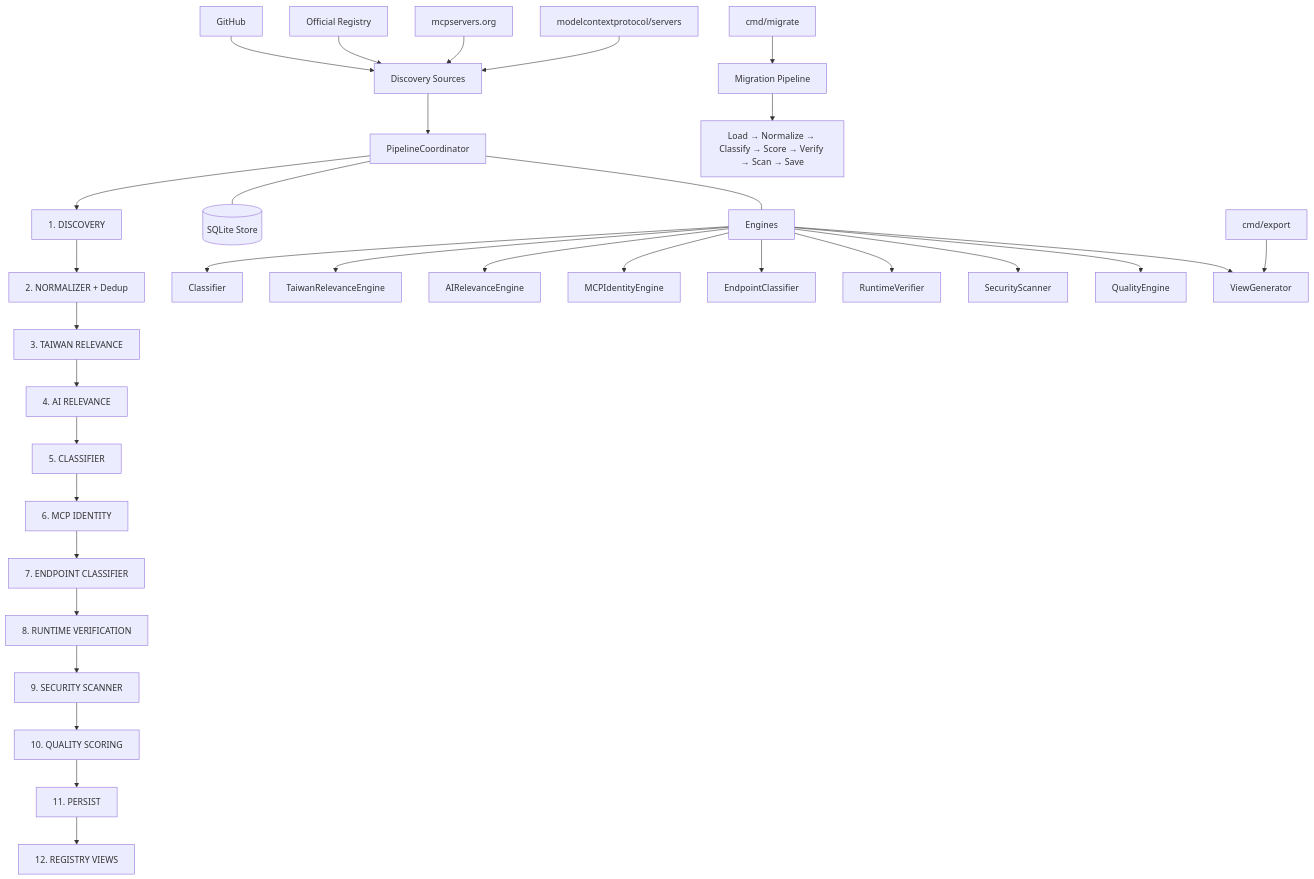
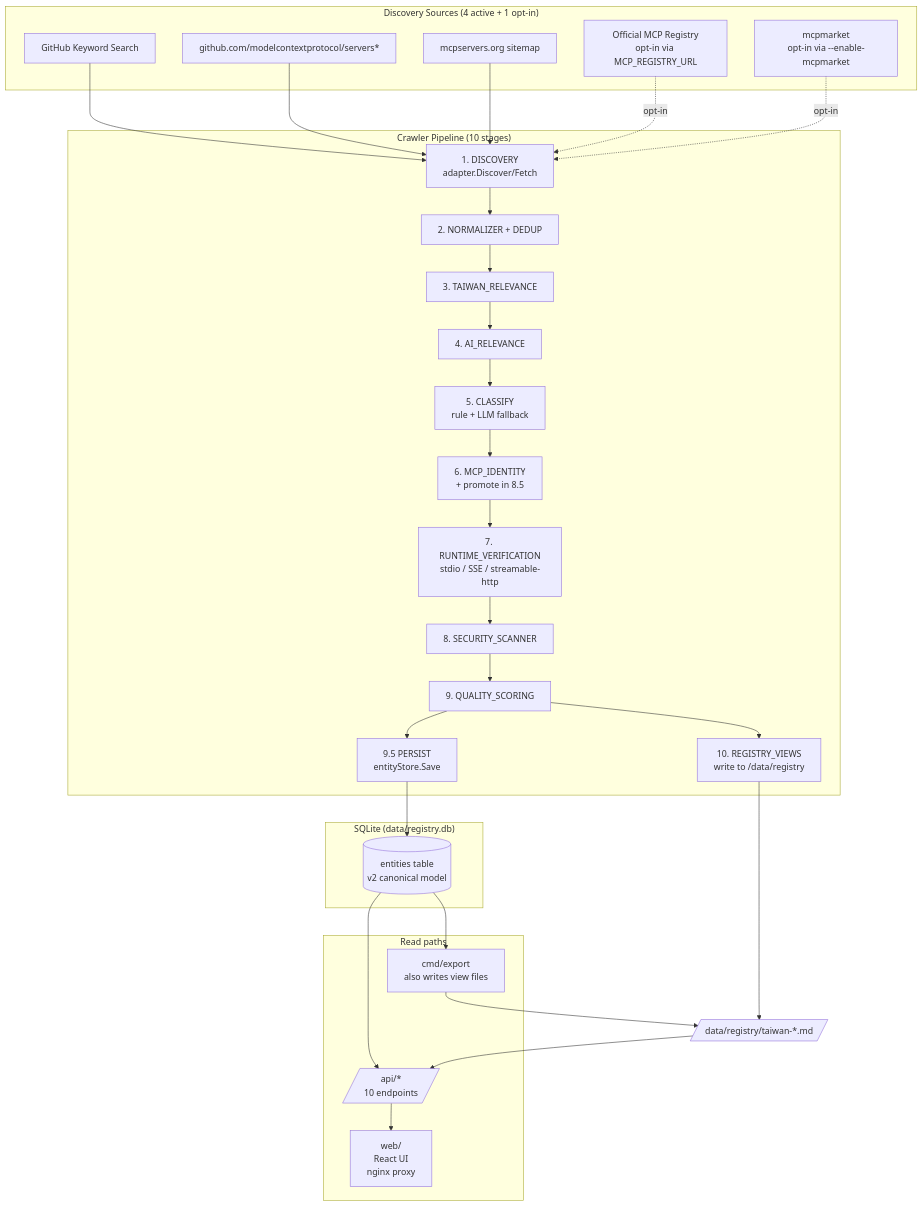
Before and after one commit to gentoobreaking/awesome-taiwan-ai-ecosystem: the diagram in README.md, drawn with Mermaid. The commit also changed other lines of this file and 13 other files, not shown here.

````diff
--- a/README.md
+++ b/README.md
@@ -70,38 +40,51 @@
 ```mermaid
-graph TD
-    A[Discovery Sources] --> B[PipelineCoordinator]
-    B --> C["1. DISCOVERY"]
-    C --> D["2. NORMALIZER + Dedup"]
-    D --> E["3. TAIWAN RELEVANCE"]
-    E --> F["4. AI RELEVANCE"]
-    F --> G["5. CLASSIFIER"]
-    G --> H["6. MCP IDENTITY"]
-    H --> I["7. ENDPOINT CLASSIFIER"]
-    I --> J["8. RUNTIME VERIFICATION"]
-    J --> K["9. SECURITY SCANNER"]
-    K --> L["10. QUALITY SCORING"]
-    L --> M["11. PERSIST"]
-    M --> N["12. REGISTRY VIEWS"]
+flowchart TB
+  subgraph Source["Discovery Sources (4 active + 1 opt-in)"]
+    GH[GitHub Keyword Search]
+    GHR[github.com/modelcontextprotocol/servers*]
+    MCP[mcpservers.org sitemap]
+    REG[Official MCP Registry<br/>opt-in via MCP_REGISTRY_URL]
+    MKT[mcpmarket<br/>opt-in via --enable-mcpmarket]
+  end
 
-    A1[GitHub] --> A
-    A2[Official Registry] --> A
-    A3[mcpservers.org] --> A
-    A4[modelcontextprotocol/servers] --> A
+  subgraph Pipeline["Crawler Pipeline (10 stages)"]
+    P1[1. DISCOVERY<br/>adapter.Discover/Fetch]
+    P2[2. NORMALIZER + DEDUP]
+    P3[3. TAIWAN_RELEVANCE]
+    P4[4. AI_RELEVANCE]
+    P5[5. CLASSIFY<br/>rule + LLM fallback]
+    P6[6. MCP_IDENTITY<br/>+ promote in 8.5]
+    P7[7. RUNTIME_VERIFICATION<br/>stdio / SSE / streamable-http]
+    P8[8. SECURITY_SCANNER]
+    P9[9. QUALITY_SCORING]
+    P10[9.5 PERSIST<br/>entityStore.Save]
+    P11[10. REGISTRY_VIEWS<br/>write to /data/registry]
+  end
 
-    B --- B1[(SQLite Store)]
-    B --- B2[Engines]
-    B2 --> B3[Classifier]
-    B2 --> B4[TaiwanRelevanceEngine]
-    B2 --> B5[AIRelevanceEngine]
-    B2 --> B6[MCPIdentityEngine]
-    B2 --> B7[EndpointClassifier]
-    B2 --> B8[RuntimeVerifier]
-    B2 --> B9[SecurityScanner]
-    B2 --> B10[QualityEngine]
-    B2 --> Export1[ViewGenerator]
+  subgraph Storage["SQLite (data/registry.db)"]
+    DB[(entities table<br/>v2 canonical model)]
+  end
 
-    P[cmd/migrate] --> Q[Migration Pipeline]
-    Q --> R[Load → Normalize → Classify → Score → Verify → Scan → Save]
+  subgraph Read["Read paths"]
+    EXP[cmd/export<br/>also writes view files]
+    API[/api/*<br/>10 endpoints/]
+    WEB[web/<br/>React UI<br/>nginx proxy]
+  end
 
-    P2[cmd/export] --> Export1
+  GH --> P1
+  GHR --> P1
+  MCP --> P1
+  REG -.opt-in.-> P1
+  MKT -.opt-in.-> P1
+
+  P1 --> P2 --> P3 --> P4 --> P5 --> P6 --> P7 --> P8 --> P9
+  P9 --> P10
+  P10 --> DB
+  P9 --> P11
+  P11 --> ViewFiles[/data/registry/taiwan-*.md/]
+
+  DB --> API
+  DB --> EXP --> ViewFiles
+  ViewFiles --> API
+  API --> WEB
 ```
````
